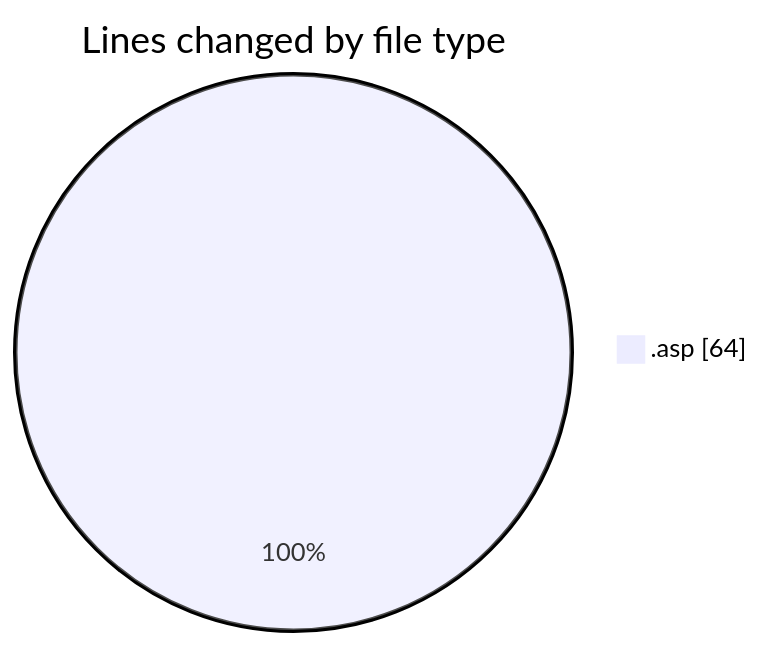
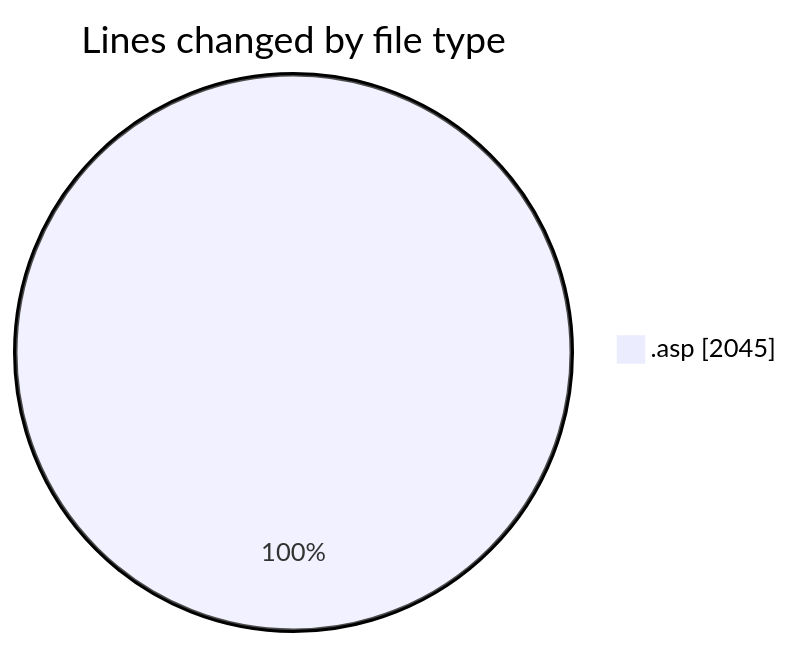
Before and after one commit to julien-gomy/code-tracking: the first of 2 diagrams in 2025-11-01/cdp_aleoudev_fr__workspace_/README.md, drawn with Mermaid. The commit also changed other lines of this file and 1 other file, not shown here.

````diff
--- a/2025-11-01/cdp_aleoudev_fr__workspace_/README.md
+++ b/2025-11-01/cdp_aleoudev_fr__workspace_/README.md
@@ -23,5 +24,5 @@
 ```mermaid
 pie showData
 title Lines changed by file type
-".asp" : 64
+".asp" : 2045
 ```
````
